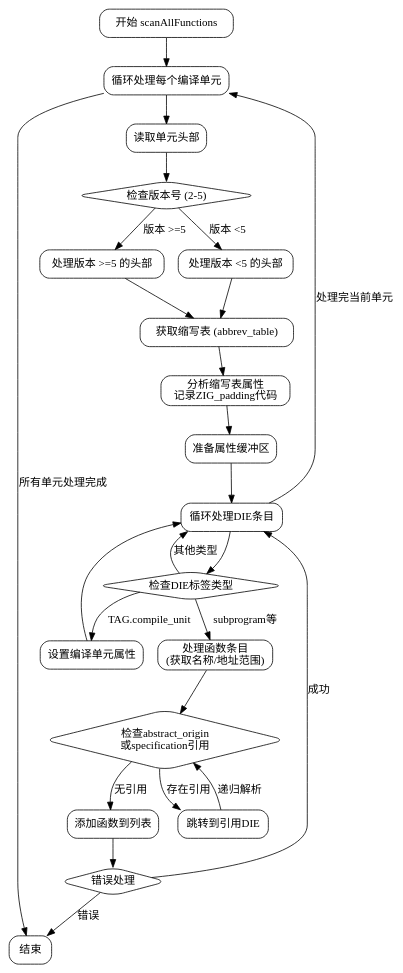
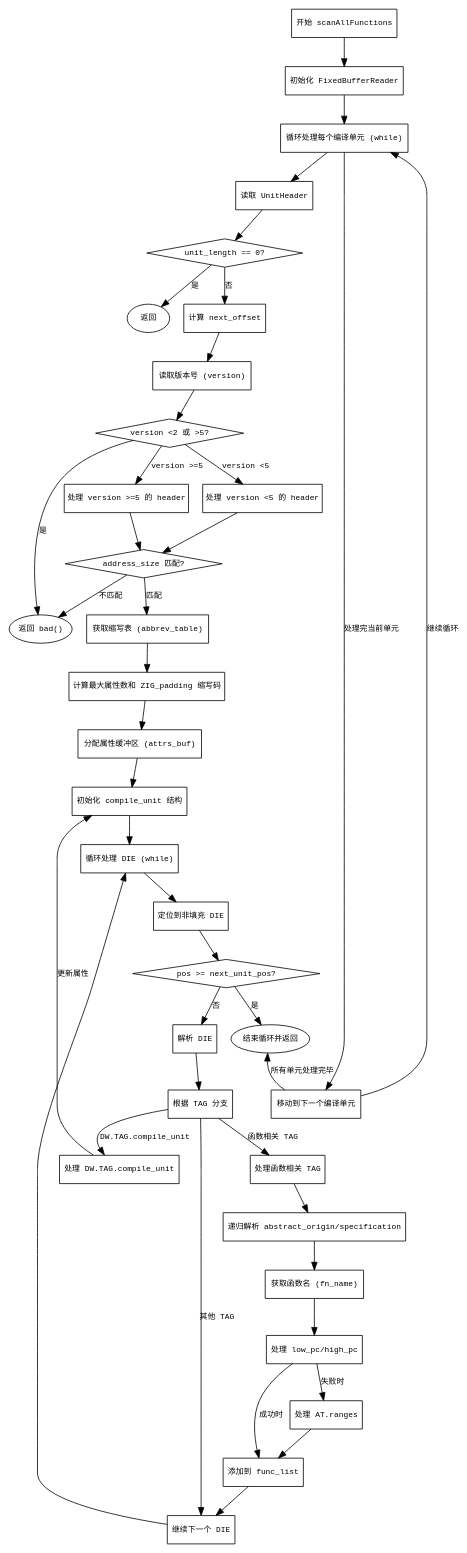
Before and after one commit to sdzx-1/deepseek-zig-reader: the diagram in dot_std/debug/Dwarf.zig.scanAllFunctions.md, drawn with Graphviz. The commit also changed other lines of this file and 236 other files, not shown here.

````diff
--- a/dot_std/debug/Dwarf.zig.scanAllFunctions.md
+++ b/dot_std/debug/Dwarf.zig.scanAllFunctions.md
@@ -13,56 +24,87 @@
 ```graphviz
-digraph flowchart {
-    node [shape=rectangle, style=rounded];
+digraph G {
+    node [shape=rectangle, fontname="Courier", fontsize=10];
+    edge [fontname="Courier", fontsize=10];
+    
     start [label="开始 scanAllFunctions"];
-    end [label="结束"];
-    loop_cu [label="循环处理每个编译单元"];
-    read_unit_header [label="读取单元头部"];
-    check_version [label="检查版本号 (2-5)" shape=diamond];
-    handle_v5 [label="处理版本 >=5 的头部"];
-    handle_v4 [label="处理版本 <5 的头部"];
+    init_fbr [label="初始化 FixedBufferReader"];
+    loop_units [label="循环处理每个编译单元 (while)"];
+    read_header [label="读取 UnitHeader"];
+    check_unit_length [label="unit_length == 0?" shape=diamond];
+    return_early [label="返回", shape=ellipse];
+    calc_next_offset [label="计算 next_offset"];
+    read_version [label="读取版本号 (version)"];
+    check_version [label="version <2 或 >5?" shape=diamond];
+    bad_version [label="返回 bad()", shape=ellipse];
+    handle_v5 [label="处理 version >=5 的 header"];
+    handle_legacy [label="处理 version <5 的 header"];
+    check_address_size [label="address_size 匹配?" shape=diamond];
     get_abbrev_table [label="获取缩写表 (abbrev_table)"];
-    analyze_abbrevs [label="分析缩写表属性\n记录ZIG_padding代码"];
-    prepare_attrs_buf [label="准备属性缓冲区"];
-    loop_dies [label="循环处理DIE条目"];
-    check_die_type [label="检查DIE标签类型" shape=diamond];
-    handle_compile_unit [label="设置编译单元属性"];
-    handle_subprogram [label="处理函数条目\n(获取名称/地址范围)"];
-    check_abstract_origin [label="检查abstract_origin\n或specification引用" shape=diamond];
-    follow_reference [label="跳转到引用DIE"];
-    add_function [label="添加函数到列表"];
-    error_check [label="错误处理" shape=diamond];
+    find_max_attrs [label="计算最大属性数和 ZIG_padding 缩写码"];
+    alloc_attrs_buf [label="分配属性缓冲区 (attrs_buf)"];
+    setup_compile_unit [label="初始化 compile_unit 结构"];
+    loop_dies [label="循环处理 DIE (while)"];
+    seek_non_padding [label="定位到非填充 DIE"];
+    check_next_unit [label="pos >= next_unit_pos?" shape=diamond];
+    parse_die [label="解析 DIE"];
+    handle_tag [label="根据 TAG 分支"];
+    compile_unit_tag [label="处理 DW.TAG.compile_unit"];
+    subprogram_tag [label="处理函数相关 TAG"];
+    handle_abstract_origin [label="递归解析 abstract_origin/specification"];
+    get_fn_name [label="获取函数名 (fn_name)"];
+    handle_pc_range [label="处理 low_pc/high_pc"];
+    handle_ranges [label="处理 AT.ranges"];
+    append_func [label="添加到 func_list"];
+    next_die [label="继续下一个 DIE"];
+    next_unit [label="移动到下一个编译单元"];
+    end [label="结束循环并返回", shape=ellipse];
+
+    start -> init_fbr;
+    init_fbr -> loop_units;
     
-    start -> loop_cu;
-    loop_cu -> read_unit_header;
-    read_unit_header -> check_version;
+    loop_units -> read_header;
+    read_header -> check_unit_length;
+    check_unit_length -> return_early [label="是"];
+    check_unit_length -> calc_next_offset [label="否"];
+    calc_next_offset -> read_version;
+    read_version -> check_version;
+    check_version -> bad_version [label="是"];
+    check_version -> handle_v5 [label="version >=5"];
+    check_version -> handle_legacy [label="version <5"];
+    handle_v5 -> check_address_size;
+    handle_legacy -> check_address_size;
+    check_address_size -> bad_version [label="不匹配"];
+    check_address_size -> get_abbrev_table [label="匹配"];
+    get_abbrev_table -> find_max_attrs;
+    find_max_attrs -> alloc_attrs_buf;
+    alloc_attrs_buf -> setup_compile_unit;
+    setup_compile_unit -> loop_dies;
     
-    check_version -> handle_v5 [label="版本 >=5"];
-    check_version -> handle_v4 [label="版本 <5"];
-    handle_v5 -> get_abbrev_table;
-    handle_v4 -> get_abbrev_table;
+    loop_dies -> seek_non_padding;
+    seek_non_padding -> check_next_unit;
+    check_next_unit -> end [label="是"];
+    check_next_unit -> parse_die [label="否"];
+    parse_die -> handle_tag;
     
-    get_abbrev_table -> analyze_abbrevs;
-    analyze_abbrevs -> prepare_attrs_buf;
-    prepare_attrs_buf -> loop_dies;
+    handle_tag -> compile_unit_tag [label="DW.TAG.compile_unit"];
+    compile_unit_tag -> setup_compile_unit [label="更新属性"];
     
-    loop_dies -> check_die_type;
+    handle_tag -> subprogram_tag [label="函数相关 TAG"];
+    subprogram_tag -> handle_abstract_origin;
+    handle_abstract_origin -> get_fn_name;
+    get_fn_name -> handle_pc_range;
+    handle_pc_range -> handle_ranges [label="失败时"];
+    handle_pc_range -> append_func [label="成功时"];
+    handle_ranges -> append_func;
+    append_func -> next_die;
     
-    check_die_type -> handle_compile_unit [label="TAG.compile_unit"];
-    check_die_type -> handle_subprogram [label="subprogram等"];
-    check_die_type -> loop_dies [label="其他类型"];
+    handle_tag -> next_die [label="其他 TAG"];
+    next_die -> loop_dies;
     
-    handle_compile_unit -> loop_dies;
+    loop_units -> next_unit [label="处理完当前单元"];
+    next_unit -> loop_units [label="继续循环"];
     
-    handle_subprogram -> check_abstract_origin;
-    check_abstract_origin -> follow_reference [label="存在引用"];
-    check_abstract_origin -> add_function [label="无引用"];
-    follow_reference -> check_abstract_origin [label="递归解析"];
-    
-    add_function -> error_check;
-    error_check -> loop_dies [label="成功"];
-    error_check -> end [label="错误"];
-    
-    loop_dies -> loop_cu [label="处理完当前单元"];
-    loop_cu -> end [label="所有单元处理完成"];
+    end -> next_unit [style=invis];
+    next_unit -> end [label="所有单元处理完毕"];
 }
 ```
````
